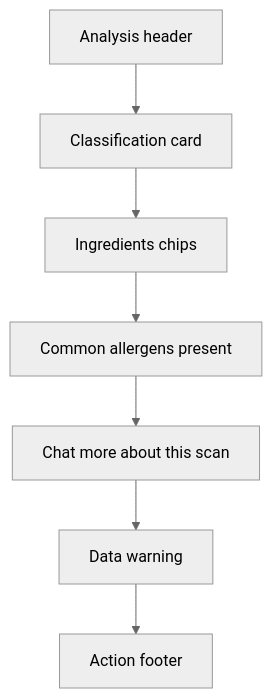
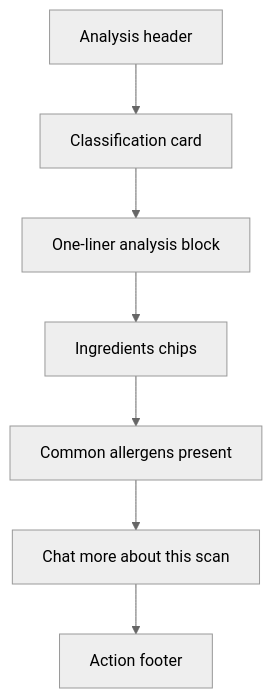
One commit to benevolentbandwidth/ultraprocessed changed the third of 3 diagrams in documentation/02-ui-navigation.md. Above: the diagram before and after it, drawn with Mermaid (neutral theme). The commit also changed other lines of this file and 19 other files, not shown here.

````diff
--- a/documentation/02-ui-navigation.md
+++ b/documentation/02-ui-navigation.md
@@ -97,12 +113,12 @@
 ```mermaid
 flowchart TB
     Header[Analysis header]
     Verdict[Classification card]
+    Summary[One-liner analysis block]
     Ingredients[Ingredients chips]
     Allergens[Common allergens present]
     Chat[Chat more about this scan]
-    Warning[Data warning]
     Footer[Action footer]
 
-    Header --> Verdict --> Ingredients --> Allergens --> Chat --> Warning --> Footer
+    Header --> Verdict --> Summary --> Ingredients --> Allergens --> Chat --> Footer
 ```
````
